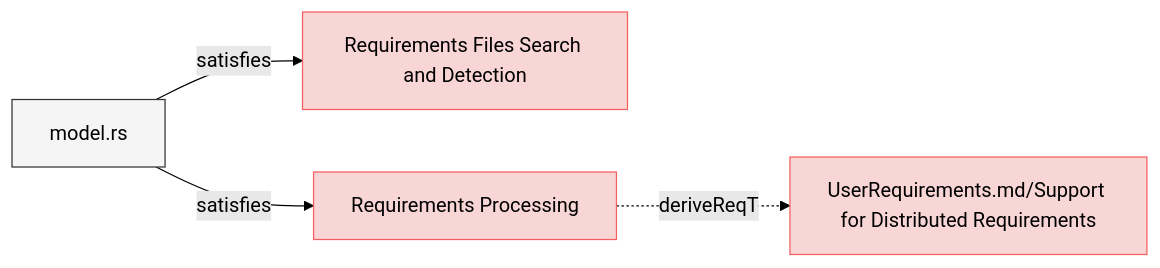
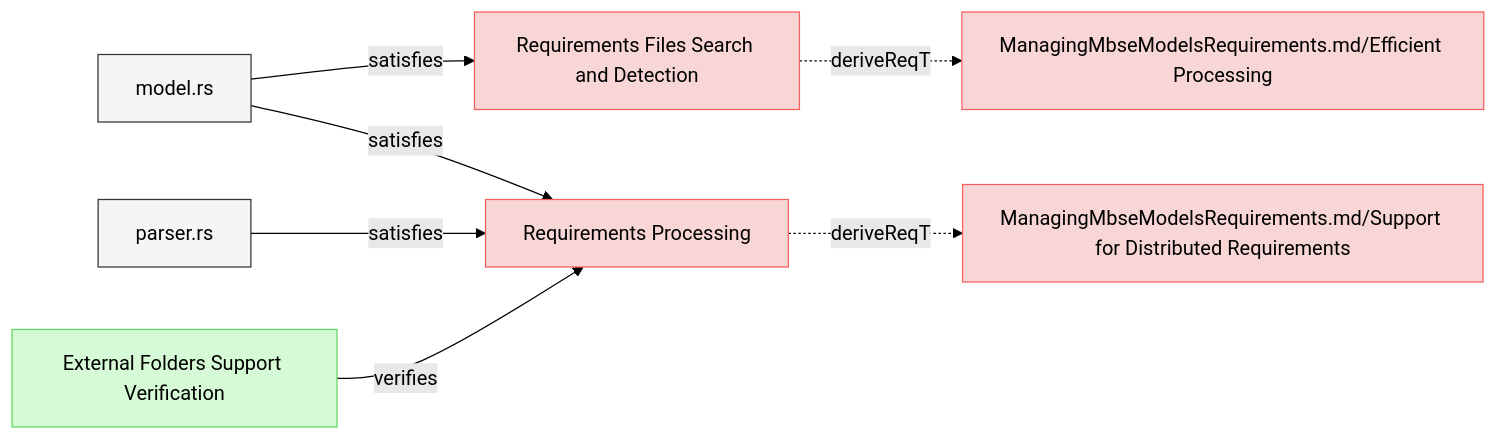
One commit to reqvire-org/reqvire changed the fourth of 8 diagrams in specifications/SystemRequirements/Requirements.md. Above: the diagram before and after it, drawn with Mermaid (forest theme). The commit also changed other lines of this file and 11 other files, not shown here.

````diff
--- a/specifications/SystemRequirements/Requirements.md
+++ b/specifications/SystemRequirements/Requirements.md
@@ -539,23 +515,36 @@
 ```mermaid
 graph LR;
   %% Graph styling
   classDef requirement fill:#f9d6d6,stroke:#f55f5f,stroke-width:1px;
   classDef verification fill:#d6f9d6,stroke:#5fd75f,stroke-width:1px;
   classDef externalLink fill:#d0e0ff,stroke:#3080ff,stroke-width:1px;
   classDef default fill:#f5f5f5,stroke:#333333,stroke-width:1px;
+
   2737f2d770["Requirements Files Search and Detection"];
   click 2737f2d770 "Requirements.md#requirements-files-search-and-detection";
   class 2737f2d770 requirement;
+  21e4eb87cb["ManagingMbseModelsRequirements.md/Efficient Processing"];
+  class 21e4eb87cb requirement;
+  click 21e4eb87cb "../ManagingMbseModelsRequirements.md#efficient-processing";
+  2737f2d770 -.->|deriveReqT| 21e4eb87cb;
   74b4dd6a32["model.rs"];
   class 74b4dd6a32 default;
   click 74b4dd6a32 "../../src/model.rs";
   74b4dd6a32 -->|satisfies| 2737f2d770;
   99bed90a0d["Requirements Processing"];
   click 99bed90a0d "Requirements.md#requirements-processing";
   class 99bed90a0d requirement;
-  fc49f77257["UserRequirements.md/Support for Distributed Requirements"];
-  class fc49f77257 requirement;
-  click fc49f77257 "../UserRequirements.md#support-for-distributed-requirements";
-  99bed90a0d -.->|deriveReqT| fc49f77257;
+  e7286123b1["ManagingMbseModelsRequirements.md/Support for Distributed Requirements"];
+  class e7286123b1 requirement;
+  click e7286123b1 "../ManagingMbseModelsRequirements.md#support-for-distributed-requirements";
+  99bed90a0d -.->|deriveReqT| e7286123b1;
   74b4dd6a32 -->|satisfies| 99bed90a0d;
+  c1dd54a249["parser.rs"];
+  class c1dd54a249 default;
+  click c1dd54a249 "../../src/parser.rs";
+  c1dd54a249 -->|satisfies| 99bed90a0d;
+  97e9fdec98["External Folders Support Verification"];
+  class 97e9fdec98 verification;
+  click 97e9fdec98 "../Verifications/LintingTests.md#external-folders-support-verification";
+  97e9fdec98 -->|verifies| 99bed90a0d;
 ```
````
